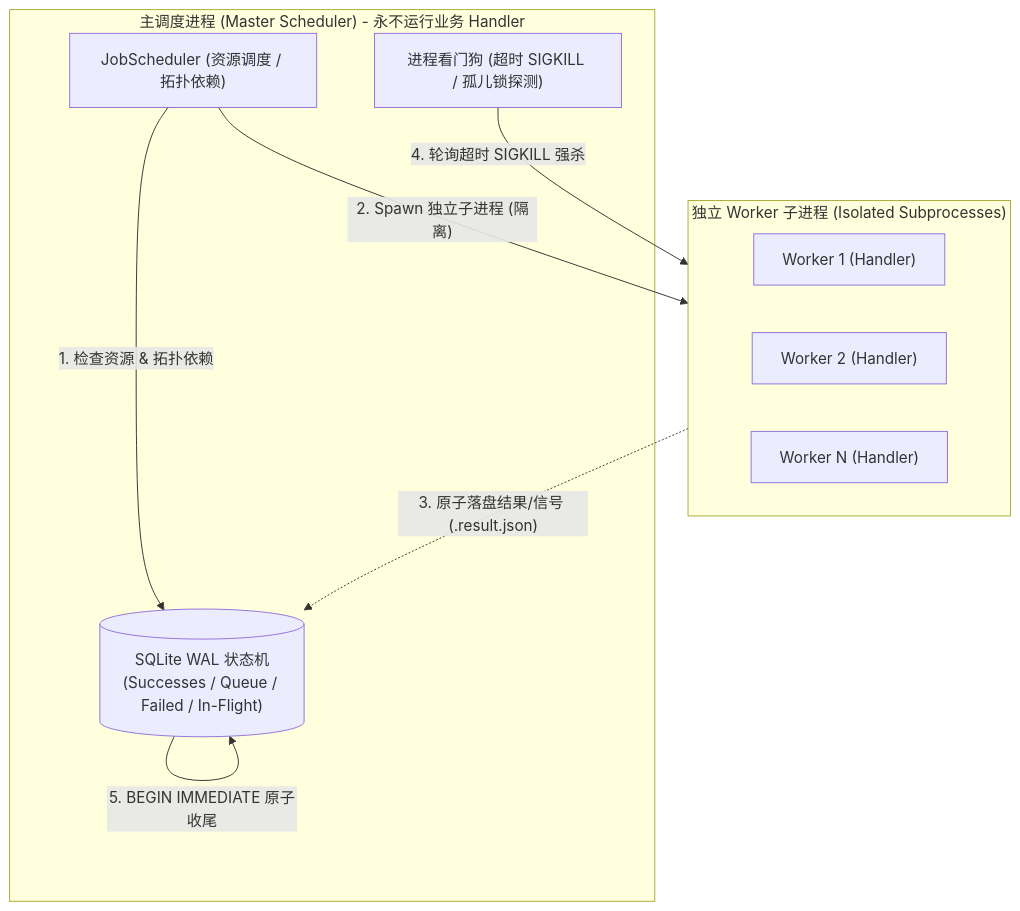
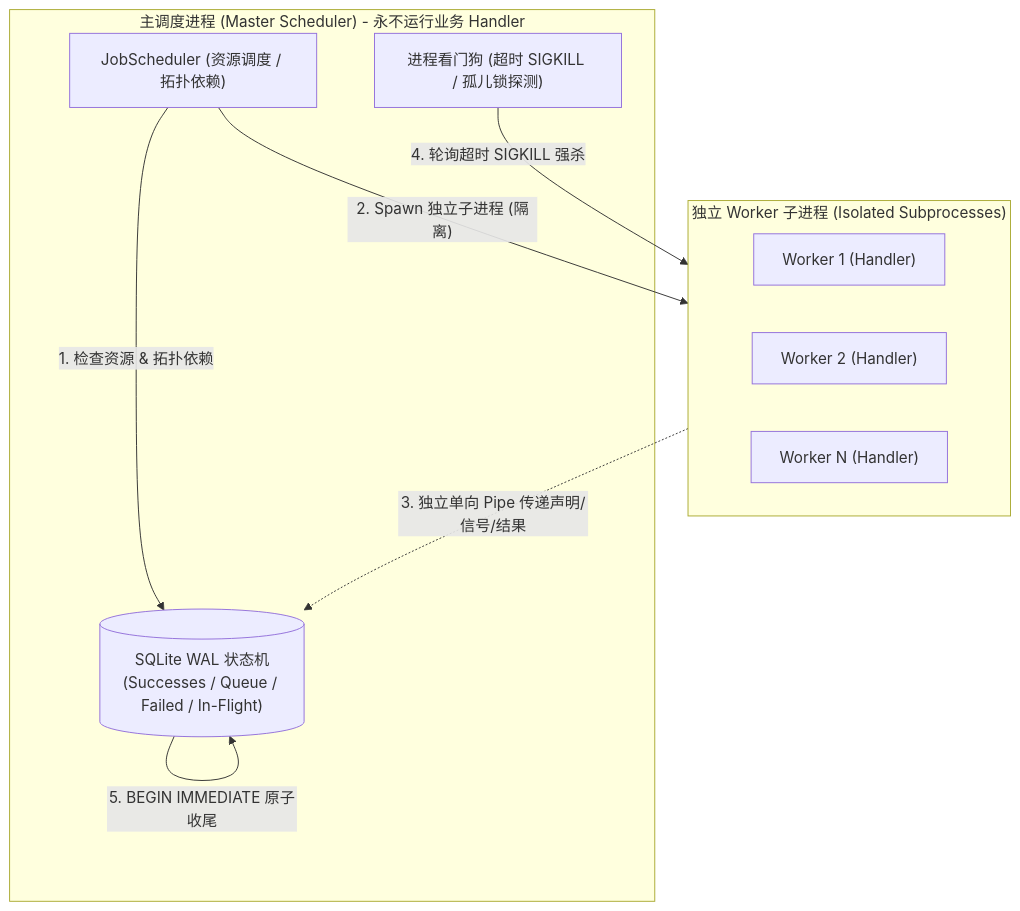
Before and after one commit to CaptainLi321/tasklite: the diagram in README.md, drawn with Mermaid. The commit also changed other lines of this file and 2 other files, not shown here.

Commit message:
文档：同步瞬时 Pipe 执行通信与旧文件协议退役契约

````diff
--- a/README.md
+++ b/README.md
@@ -55,20 +55,20 @@
 ```mermaid
 flowchart TD
     subgraph Host ["主调度进程 (Master Scheduler) - 永不运行业务 Handler"]
         State[("SQLite WAL 状态机\n(Successes / Queue / Failed / In-Flight)")]
         Scheduler["JobScheduler (资源调度 / 拓扑依赖)"]
         Watchdog["进程看门狗 (超时 SIGKILL / 孤儿锁探测)"]
     end
 
     subgraph Workers ["独立 Worker 子进程 (Isolated Subprocesses)"]
         W1["Worker 1 (Handler)"]
         W2["Worker 2 (Handler)"]
         WN["Worker N (Handler)"]
     end
 
     Scheduler -->|"1. 检查资源 & 拓扑依赖"| State
     Scheduler -->|"2. Spawn 独立子进程 (隔离)"| Workers
-    Workers -.->|"3. 原子落盘结果/信号 (.result.json)"| State
+    Workers -.->|"3. 独立单向 Pipe 传递声明/信号/结果"| State
     Watchdog -->|"4. 轮询超时 SIGKILL 强杀"| Workers
     State -->|"5. BEGIN IMMEDIATE 原子收尾"| State
 ```
````
